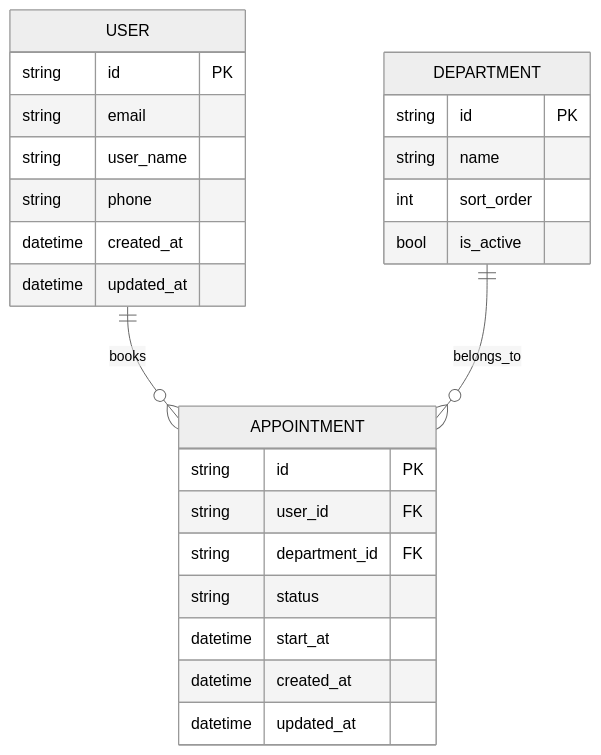
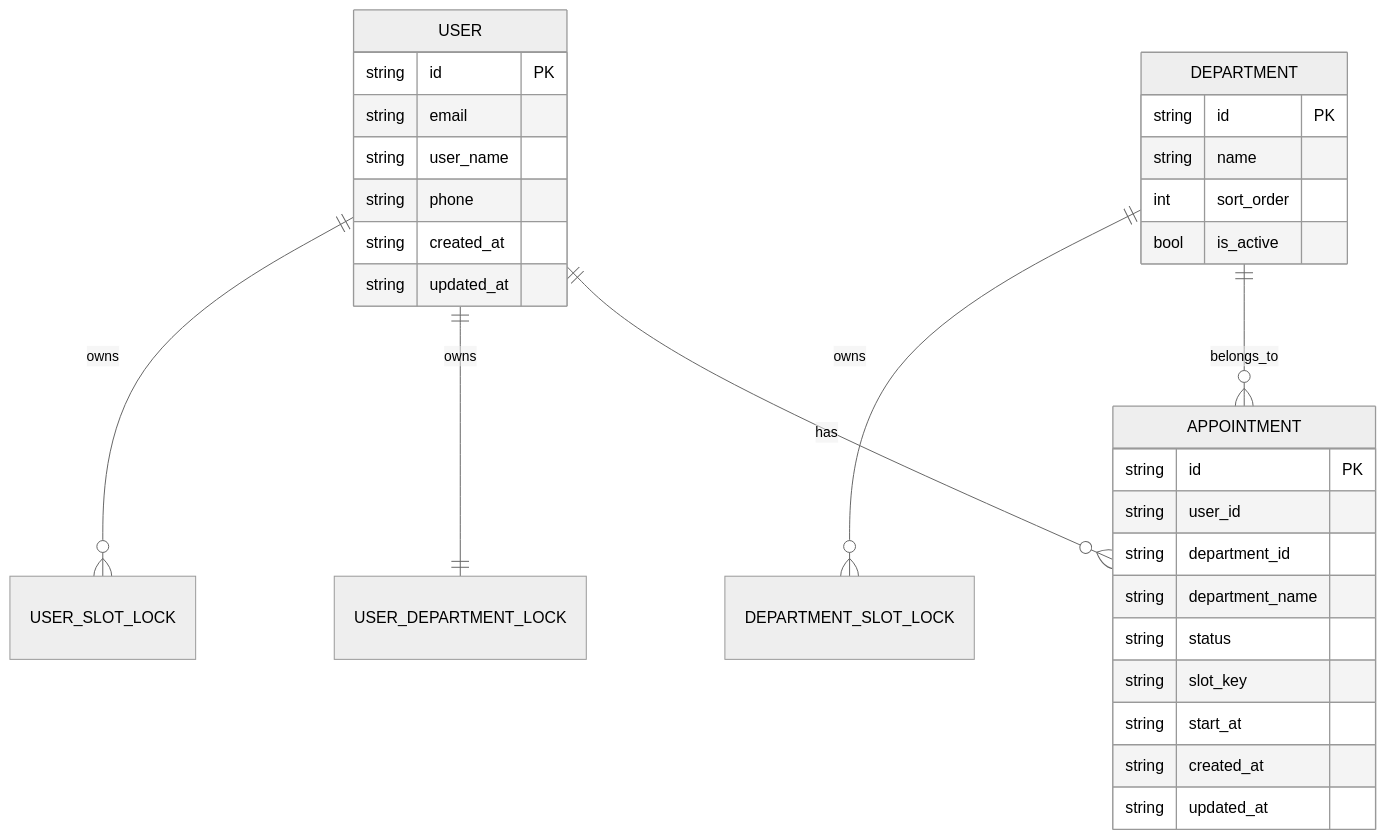
The second of 2 diagrams in docs/02_基本設計書.md (ryoga0/Calendar), drawn with Mermaid (neutral theme) before and after one commit. The commit also changed other lines of this file and 56 other files, not shown here.

````diff
--- a/docs/02_基本設計書.md
+++ b/docs/02_基本設計書.md
@@ -94,31 +90,36 @@
 ```mermaid
 erDiagram
-  USER ||--o{ APPOINTMENT : books
+  USER ||--o{ APPOINTMENT : has
   DEPARTMENT ||--o{ APPOINTMENT : belongs_to
+  USER ||--|| USER_DEPARTMENT_LOCK : owns
+  USER ||--o{ USER_SLOT_LOCK : owns
+  DEPARTMENT ||--o{ DEPARTMENT_SLOT_LOCK : owns
 
   USER {
     string id PK
     string email
     string user_name
     string phone
-    datetime created_at
-    datetime updated_at
+    string created_at
+    string updated_at
   }
 
   DEPARTMENT {
     string id PK
     string name
     int sort_order
     bool is_active
   }
 
   APPOINTMENT {
     string id PK
-    string user_id FK
-    string department_id FK
+    string user_id
+    string department_id
+    string department_name
     string status
-    datetime start_at
-    datetime created_at
-    datetime updated_at
+    string slot_key
+    string start_at
+    string created_at
+    string updated_at
   }
 ```
````
